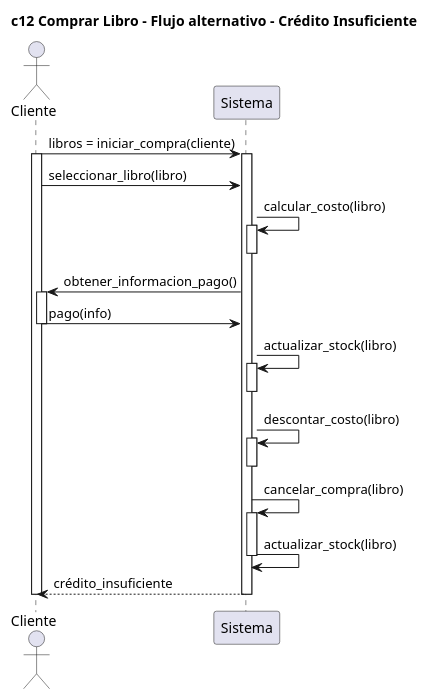
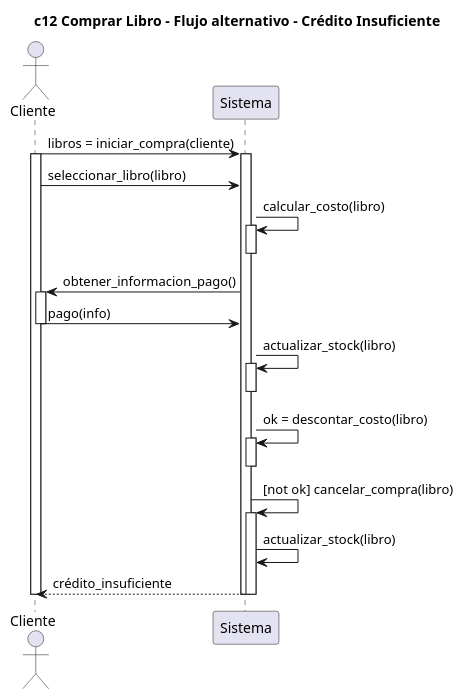
One commit to pablodanielrey/dsbm changed the diagram in tp1/secuencia/compra/secuencia-flujo-alt-3.plantuml. Above: the diagram before and after it, drawn with PlantUML. The commit also changed 2 other files, not shown here.

```diff
--- a/tp1/secuencia/compra/secuencia-flujo-alt-3.plantuml
+++ b/tp1/secuencia/compra/secuencia-flujo-alt-3.plantuml
@@ -1,49 +1,48 @@
 @startuml
 
 
 title c12 Comprar Libro - Flujo alternativo - Crédito Insuficiente
 
 actor Cliente as c
 participant Sistema as s
 
 c -> s : libros = iniciar_compra(cliente)
 activate c
     activate s
 
 
         c -> s : seleccionar_libro(libro)
 
         s -> s : calcular_costo(libro)
         activate s
         deactivate s
 
         c <- s : obtener_informacion_pago()
         activate c
             c -> s : pago(info)
         deactivate c
 
         s -> s : actualizar_stock(libro)
         activate s
         deactivate s            
 
 
-        s -> s : descontar_costo(libro)
+        s -> s : ok = descontar_costo(libro)
         activate s
         deactivate s
 
 
-        s -> s : cancelar_compra(libro)
+        s -> s : [not ok] cancelar_compra(libro)
         activate s
             s -> s : actualizar_stock(libro)
+            c <-- s : crédito_insuficiente
         deactivate s
-        c <-- s : crédito_insuficiente
-
 
         
         
 
     deactivate s
 
 deactivate c
 
 @enduml
```
